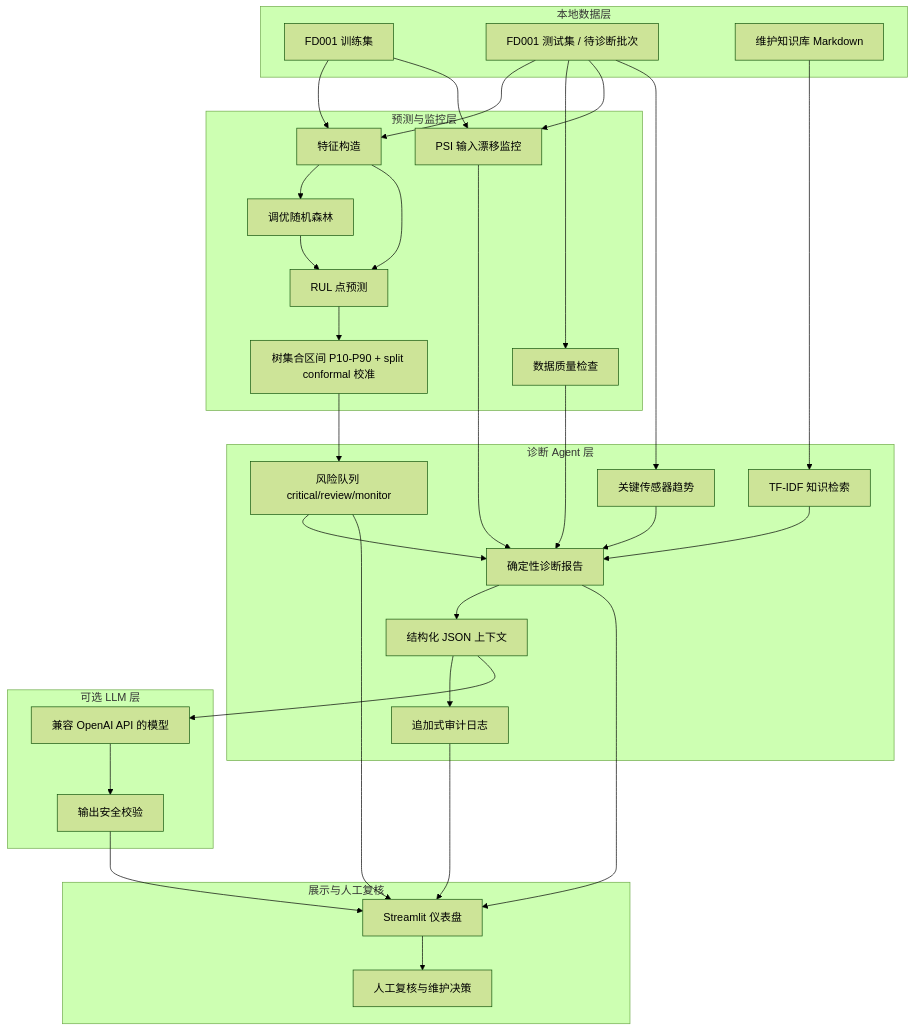
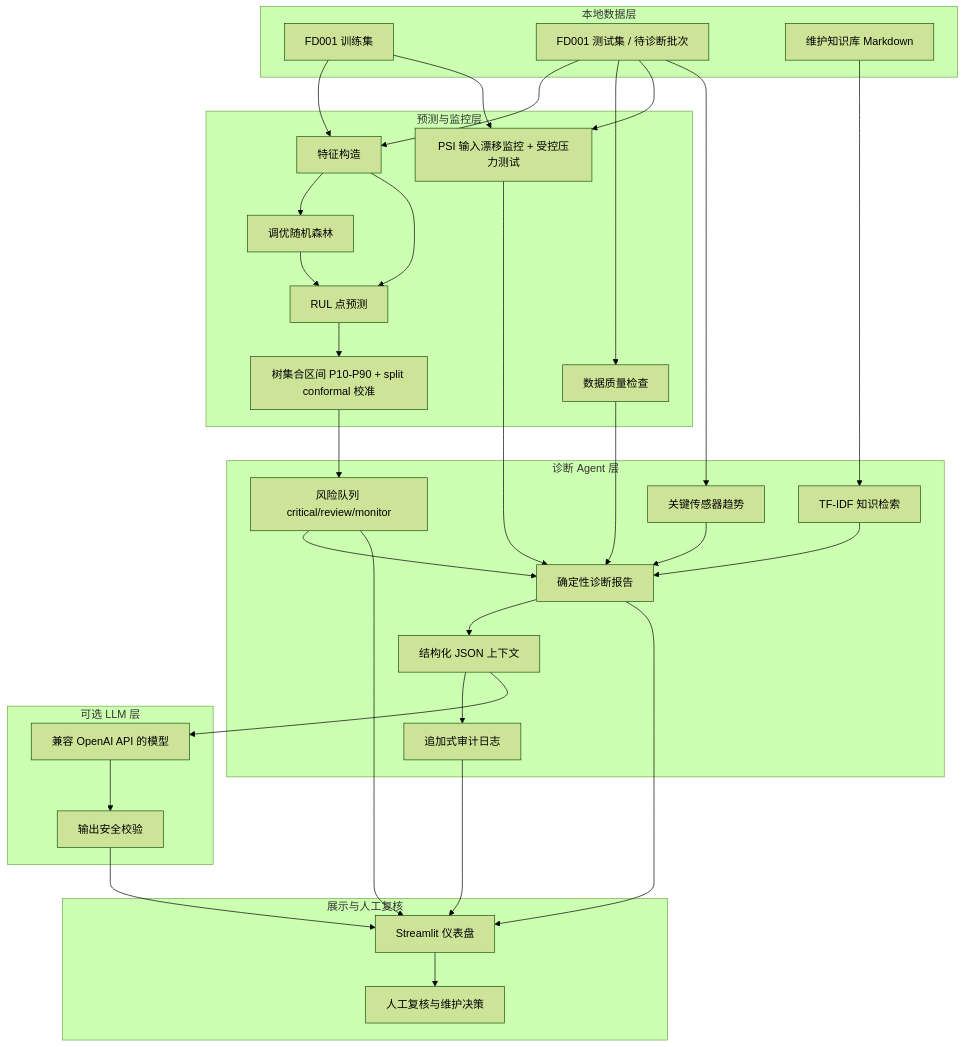
Before and after one commit to zzhouxy427/industrial-health-agent: the diagram in docs/architecture.md, drawn with Mermaid (forest theme). The commit also changed other lines of this file and 5 other files, not shown here.

````diff
--- a/docs/architecture.md
+++ b/docs/architecture.md
@@ -9,50 +9,50 @@
 ```mermaid
 flowchart TB
     subgraph Data[本地数据层]
         Train[FD001 训练集]
         Test[FD001 测试集 / 待诊断批次]
         KB[维护知识库 Markdown]
     end
 
     subgraph Model[预测与监控层]
         Features[特征构造]
         RF[调优随机森林]
         RUL[RUL 点预测]
         Interval[树集合区间 P10-P90 + split conformal 校准]
         Quality[数据质量检查]
-        Drift[PSI 输入漂移监控]
+        Drift[PSI 输入漂移监控 + 受控压力测试]
     end
 
     subgraph Agent[诊断 Agent 层]
         Queue[风险队列 critical/review/monitor]
         Trend[关键传感器趋势]
         Retrieval[TF-IDF 知识检索]
         Report[确定性诊断报告]
         Context[结构化 JSON 上下文]
         Audit[追加式审计日志]
     end
 
     subgraph Optional[可选 LLM 层]
         LLM[兼容 OpenAI API 的模型]
         Safety[输出安全校验]
     end
 
     subgraph UI[展示与人工复核]
         Dashboard[Streamlit 仪表盘]
         Human[人工复核与维护决策]
     end
 
     Train --> Features --> RF
     Test --> Features --> RUL
     RF --> RUL --> Interval --> Queue
     Test --> Quality --> Report
     Train --> Drift
     Test --> Drift --> Report
     Test --> Trend --> Report
     KB --> Retrieval --> Report
     Queue --> Report --> Context --> Audit
     Context --> LLM --> Safety --> Dashboard
     Report --> Dashboard --> Human
     Queue --> Dashboard
     Audit --> Dashboard
 ```
````
